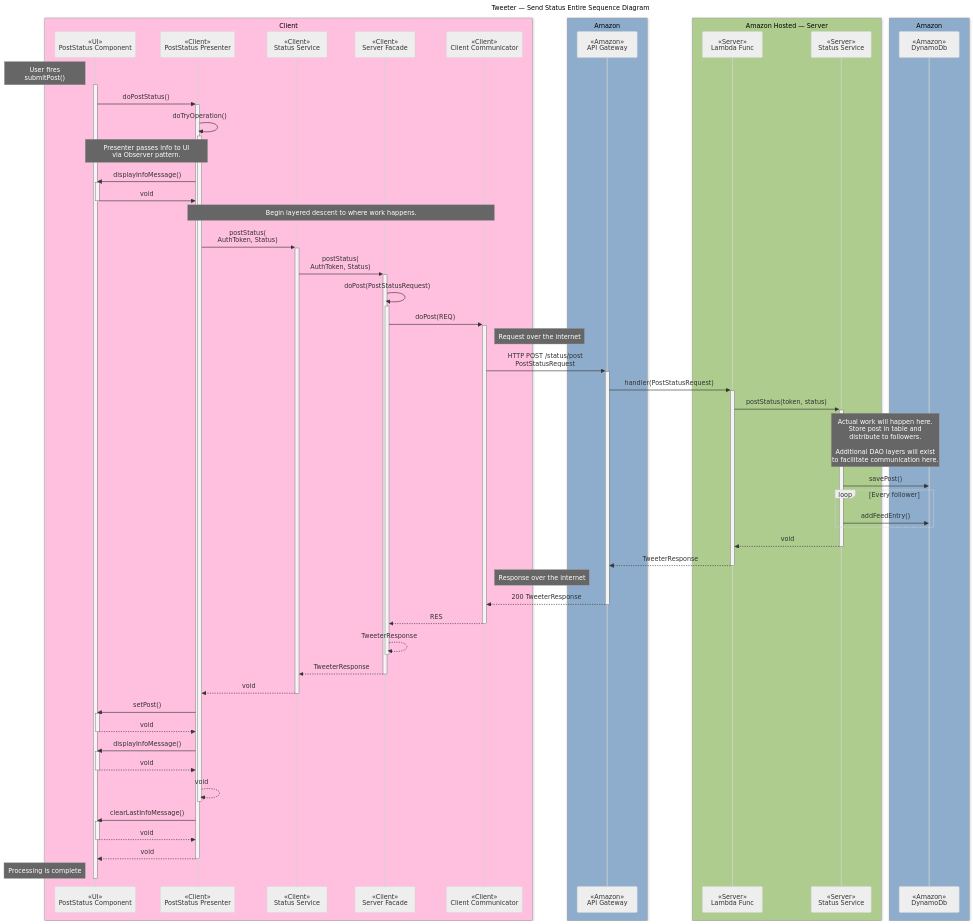
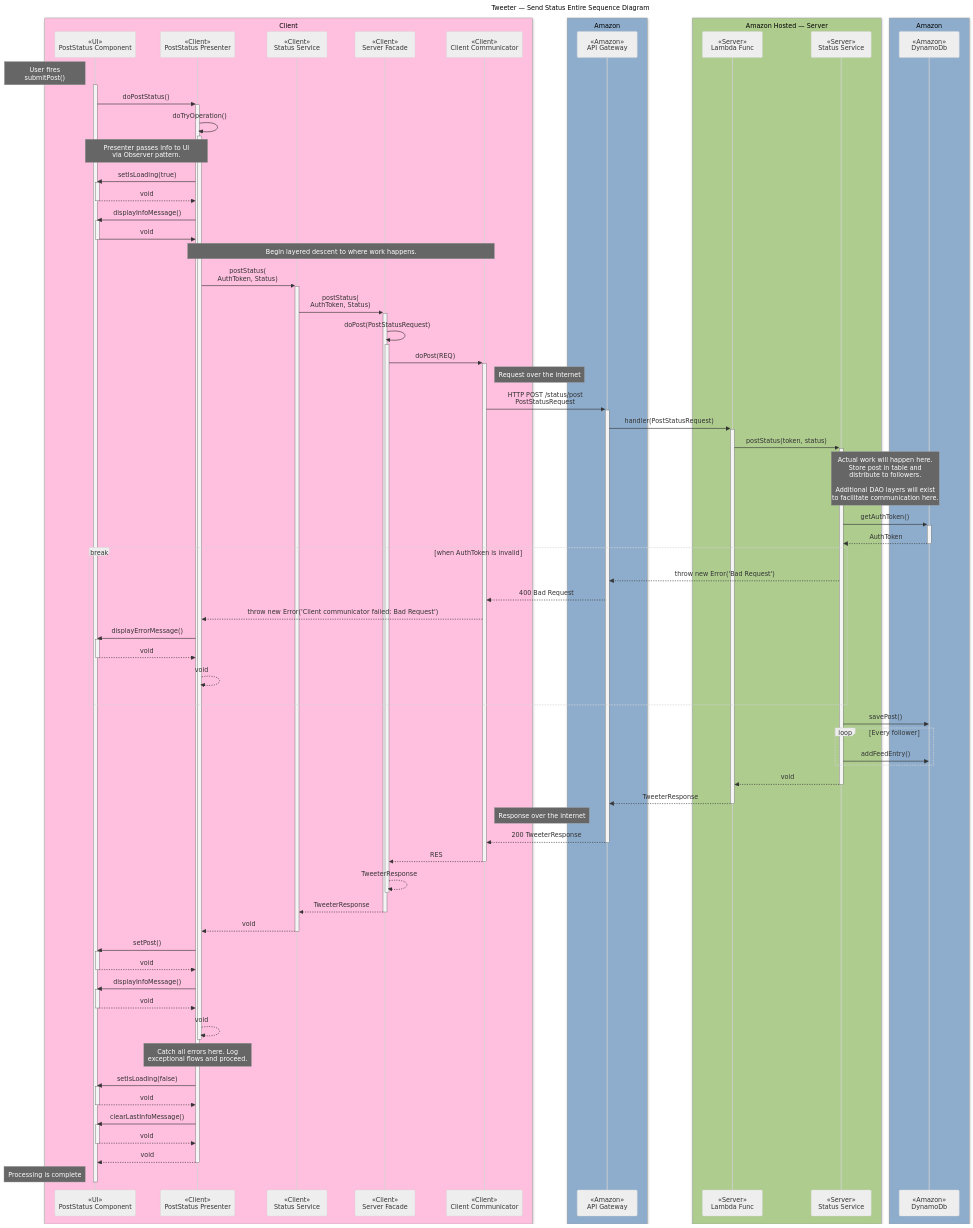
One commit to frozenfrank/cs340-tweeter changed the diagram in docs/submit-status-sequence-diagram.md. Above: the diagram before and after it, drawn with Mermaid (neutral theme).

Commit message:
Update submit-status-sequence-diagram.md Add exceptional flow

```diff
--- a/docs/submit-status-sequence-diagram.md
+++ b/docs/submit-status-sequence-diagram.md
@@ -47,6 +47,8 @@
 psc->>+psp: doPostStatus()
 psp->>+psp: doTryOperation()
 note over psc,psp: Presenter passes info to UI<br>via Observer pattern.
+psp->>+psc: setIsLoading(true)
+psc-->>-psp: void
 psp->>+psc: displayInfoMessage()
 psc->>-psp: void
 
@@ -65,6 +67,18 @@
             %% Work happens
             lambda->>+sss: postStatus(token, status)
             note over sss,db: Actual work will happen here.<br>Store post in table and <br> distribute to followers.<br><br>Additional DAO layers will exist <br>to facilitate communication here.
+            sss->>+db: getAuthToken()
+            db-->>-sss: AuthToken
+
+            break when AuthToken is invalid
+                sss-->>gate: throw new Error('Bad Request')
+                gate-->>cc: 400 Bad Request
+                cc-->>psp: throw new Error('Client communicator failed: Bad Request')
+                psp->>+psc: displayErrorMessage()
+                psc-->>-psp: void
+                psp-->>psp: void
+            end
+
             sss->>db: savePost()
             loop Every follower
             sss->>db: addFeedEntry()
@@ -87,6 +101,9 @@
 psp->>+psc: displayInfoMessage()
 psc-->>-psp: void
 psp-->>-psp: void
+note over psp: Catch all errors here. Log <br>exceptional flows and proceed.
+psp->>+psc: setIsLoading(false)
+psc-->>-psp: void
 
 %% FINALLY, this happens no matter what
 psp->>+psc: clearLastInfoMessage()
```
